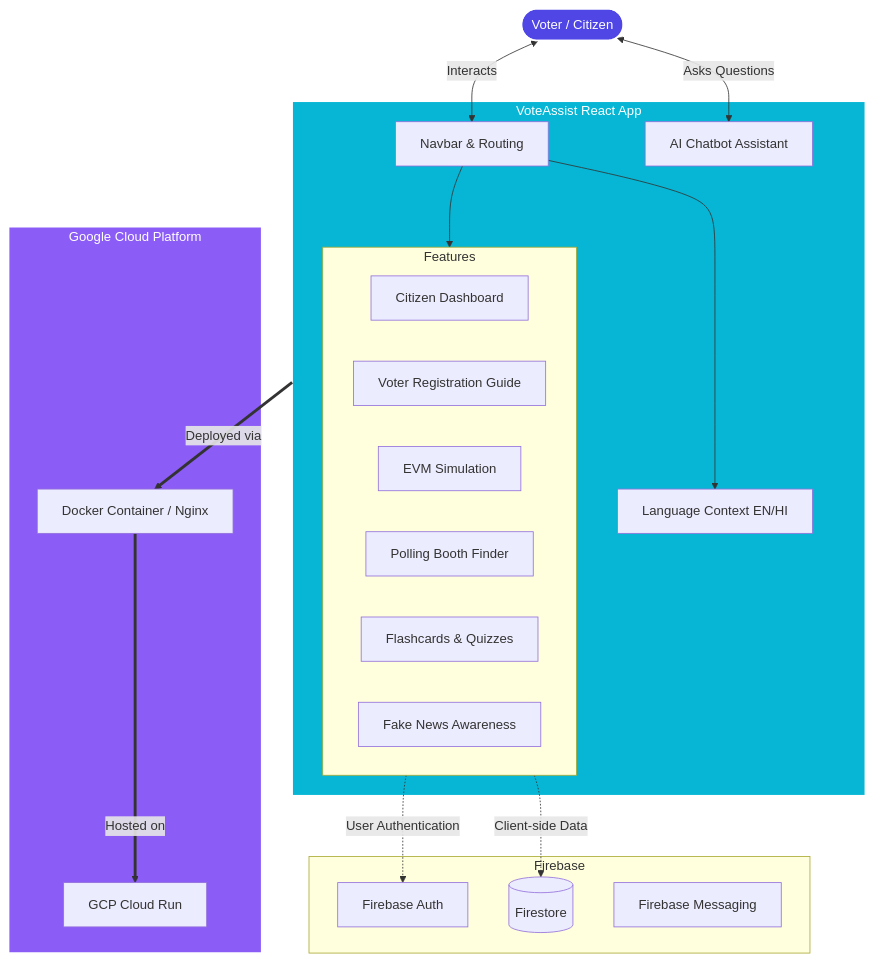
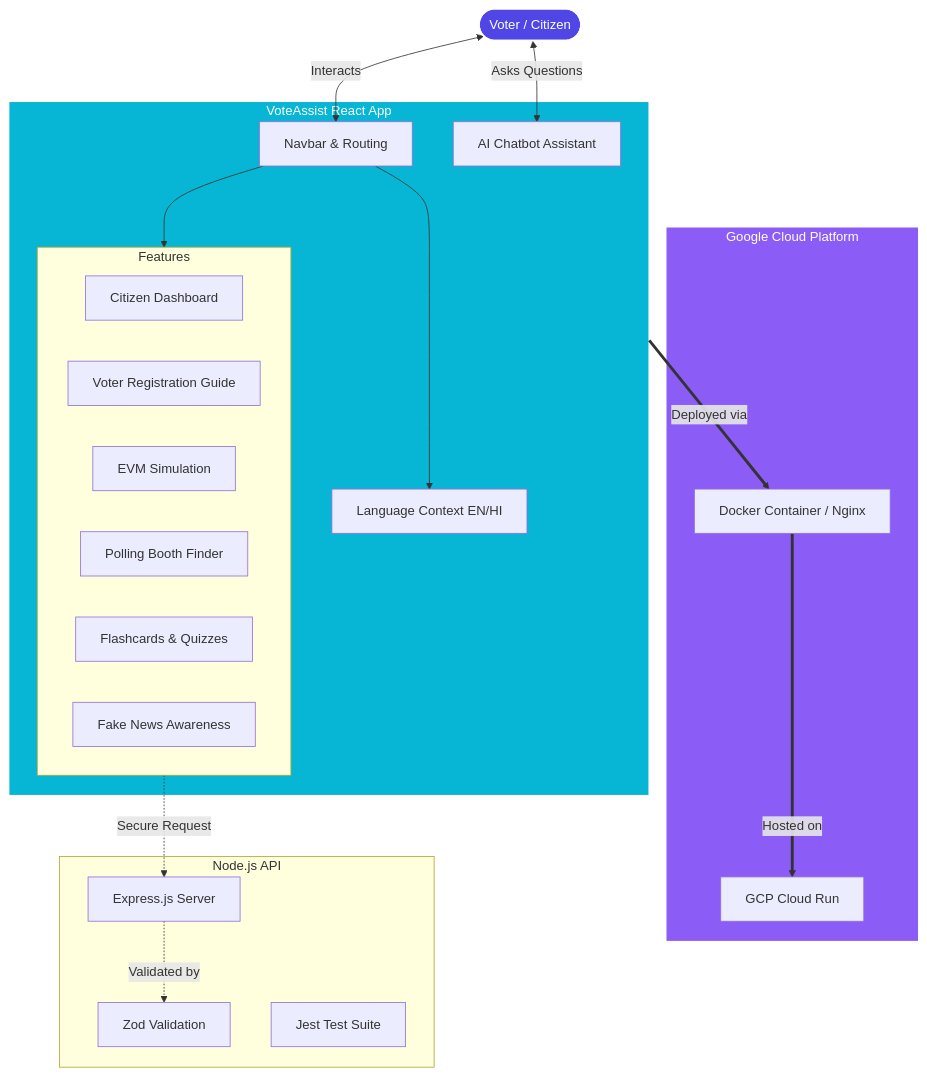
The diagram in README.md (Tsrinivas123/VoteAssist), drawn with Mermaid before and after one commit. The commit also changed other lines of this file, not shown here.

Commit message:
Docs: Update README with high-score engineering features and test instructions

````diff
--- a/README.md
+++ b/README.md
@@ -24,56 +42,56 @@
 ```mermaid
 graph TD
     User([Voter / Citizen])
     
     %% Main Application Layer
     subgraph WebApp [VoteAssist React App]
         Nav[Navbar & Routing]
         Lang[Language Context EN/HI]
         
         %% Features
         subgraph Features
             Dash[Citizen Dashboard]
             Reg[Voter Registration Guide]
             Sim[EVM Simulation]
             Booth[Polling Booth Finder]
             Learn[Flashcards & Quizzes]
             Fake[Fake News Awareness]
         end
         
         Bot[AI Chatbot Assistant]
     end
     
     %% Cloud & Infrastructure Layer
     subgraph Infrastructure [Google Cloud Platform]
         CloudRun[GCP Cloud Run]
         Docker[Docker Container / Nginx]
     end
     
-    %% Firebase Layer
-    subgraph BackendServices [Firebase]
-        Auth[Firebase Auth]
-        DB[(Firestore)]
-        Msg[Firebase Messaging]
+    %% Backend Layer
+    subgraph BackendServices [Node.js API]
+        Express[Express.js Server]
+        Zod[Zod Validation]
+        Jest[Jest Test Suite]
     end
 
     %% Connections
     User <-->|Interacts| Nav
     Nav --> Lang
     Nav --> Features
     User <-->|Asks Questions| Bot
     
-    Features -.->|Client-side Data| DB
-    Features -.->|User Authentication| Auth
+    Features -.->|Secure Request| Express
+    Express -.->|Validated by| Zod
     
     WebApp ==>|Deployed via| Docker
     Docker ==>|Hosted on| CloudRun
     
     %% Styling
     classDef primary fill:#4F46E5,stroke:#fff,stroke-width:2px,color:#fff;
     classDef secondary fill:#06B6D4,stroke:#fff,stroke-width:2px,color:#fff;
     classDef accent fill:#8B5CF6,stroke:#fff,stroke-width:2px,color:#fff;
     
     class User primary;
     class WebApp secondary;
     class Infrastructure accent;
 ```
````
